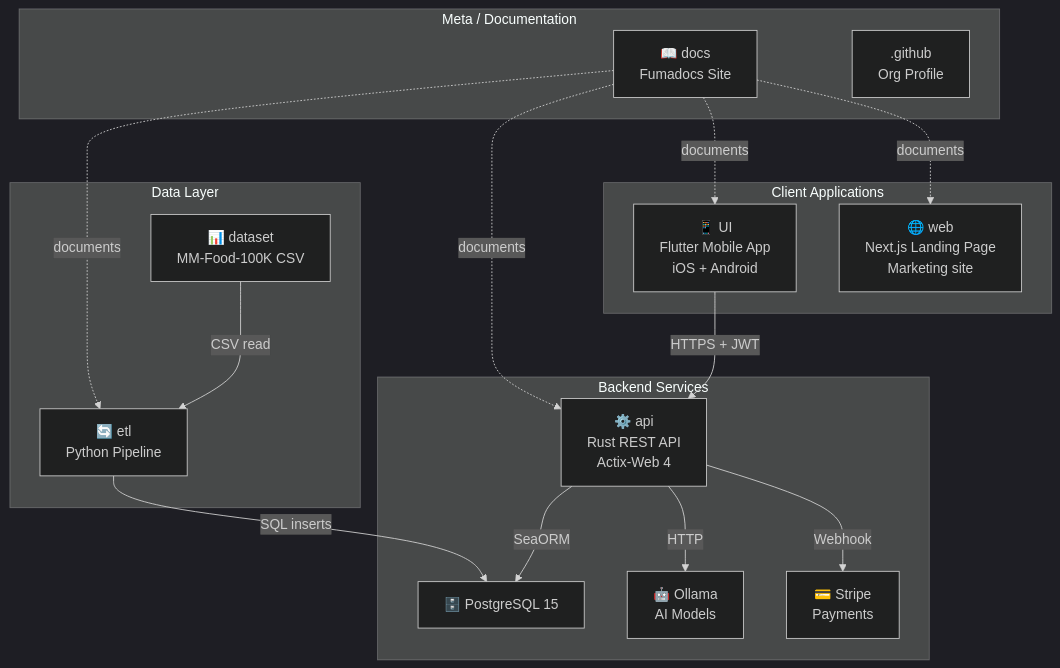
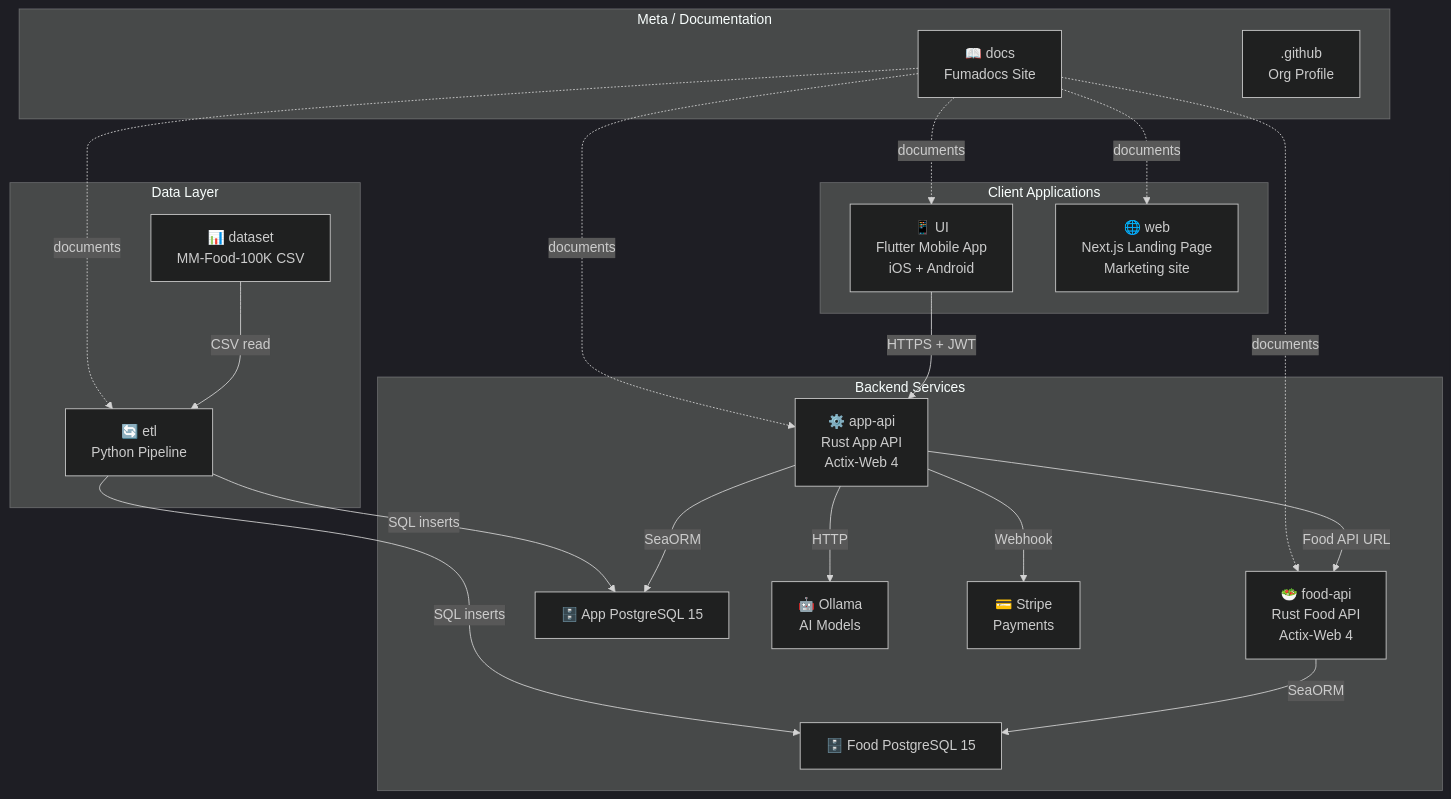
One commit to Cookest/docs changed the first of 3 diagrams in content/docs/architecture/repositories.mdx. Above: the diagram before and after it, drawn with Mermaid (dark theme). The commit also changed other lines of this file and 20 other files, not shown here.

Commit message:
docs(backend): update Food API documentation

````diff
--- a/content/docs/architecture/repositories.mdx
+++ b/content/docs/architecture/repositories.mdx
@@ -12,32 +12,37 @@
 ```mermaid
 graph TD
     subgraph Clients["Client Applications"]
         UI["📱 UI\nFlutter Mobile App\niOS + Android"]
         Web["🌐 web\nNext.js Landing Page\nMarketing site"]
     end
 
     subgraph Backend["Backend Services"]
-        API["⚙️ api\nRust REST API\nActix-Web 4"]
-        DB["🗄️ PostgreSQL 15"]
+        FoodAPI["🥗 food-api\nRust Food API\nActix-Web 4"]
+        AppAPI["⚙️ app-api\nRust App API\nActix-Web 4"]
+        FoodDB["🗄️ Food PostgreSQL 15"]
+        AppDB["🗄️ App PostgreSQL 15"]
         Ollama["🤖 Ollama\nAI Models"]
         Stripe["💳 Stripe\nPayments"]
     end
 
     subgraph Data["Data Layer"]
         ETL["🔄 etl\nPython Pipeline"]
         Dataset["📊 dataset\nMM-Food-100K CSV"]
     end
 
     subgraph Meta["Meta / Documentation"]
         Docs["📖 docs\nFumadocs Site"]
         GH[".github\nOrg Profile"]
     end
 
-    UI -->|"HTTPS + JWT"| API
-    API -->|"SeaORM"| DB
-    API -->|"HTTP"| Ollama
-    API -->|"Webhook"| Stripe
-    ETL -->|"SQL inserts"| DB
+    UI -->|"HTTPS + JWT"| AppAPI
+    AppAPI -->|"Food API URL"| FoodAPI
+    FoodAPI -->|"SeaORM"| FoodDB
+    AppAPI -->|"SeaORM"| AppDB
+    AppAPI -->|"HTTP"| Ollama
+    AppAPI -->|"Webhook"| Stripe
+    ETL -->|"SQL inserts"| FoodDB
+    ETL -->|"SQL inserts"| AppDB
     Dataset -->|"CSV read"| ETL
-    Docs -.->|"documents"| API & UI & Web & ETL
+    Docs -.->|"documents"| FoodAPI & AppAPI & UI & Web & ETL
 ```
````
